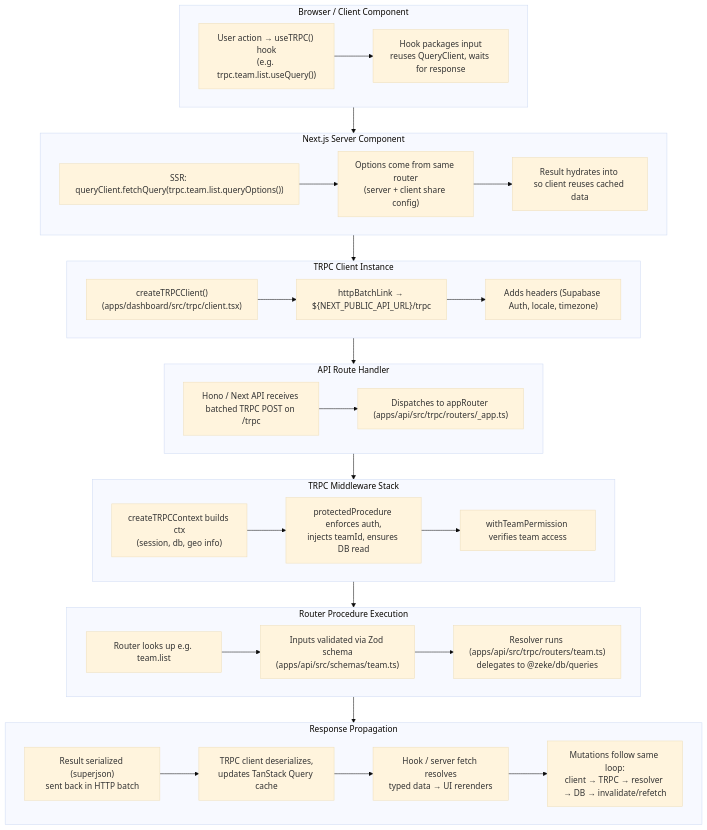
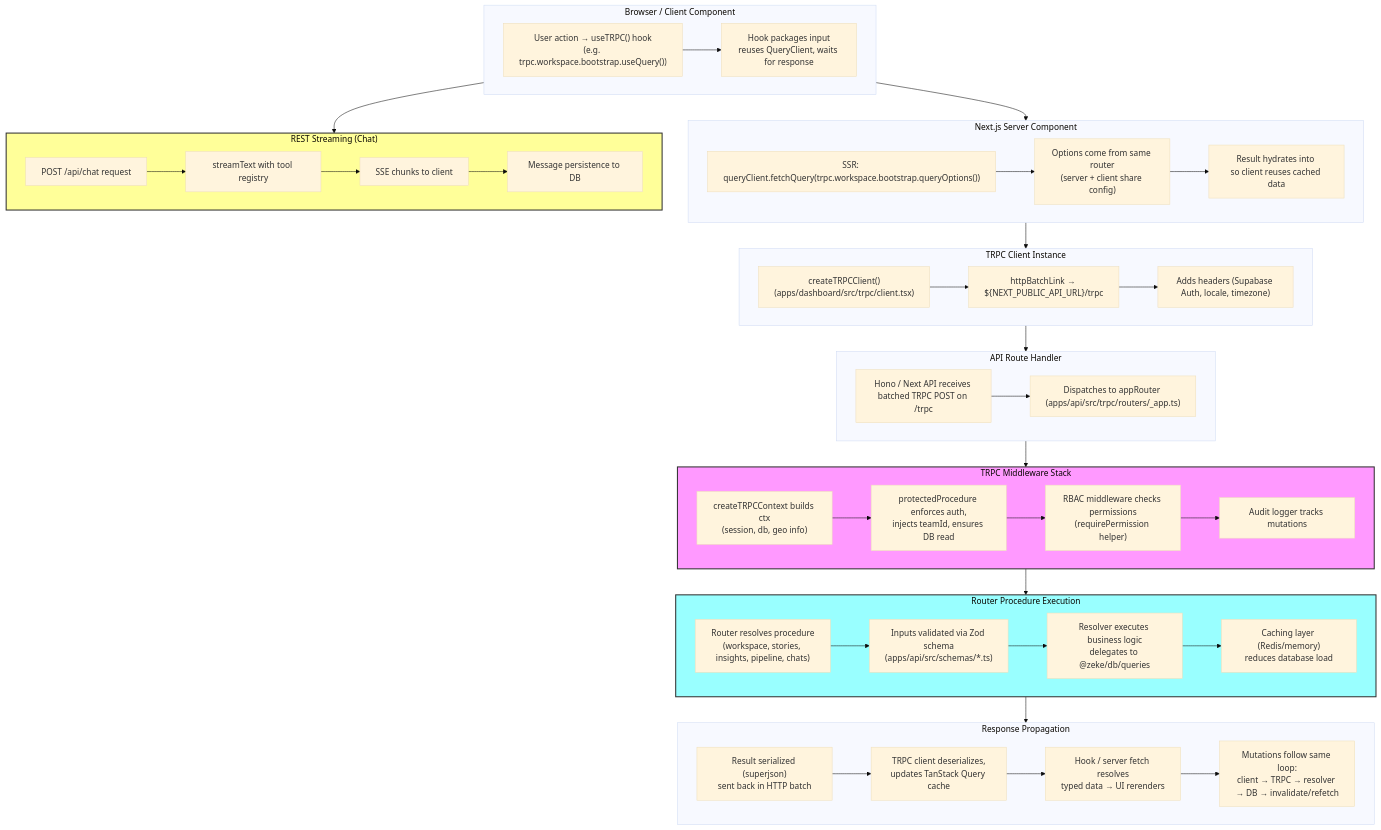
The diagram in apps/api/src/trpc/trpc-diagram.md (ParkerRex/zeke), drawn with Mermaid (base theme) before and after one commit. The commit also changed 774 other files, not shown here.

````diff
--- a/apps/api/src/trpc/trpc-diagram.md
+++ b/apps/api/src/trpc/trpc-diagram.md
@@ -1,53 +1,68 @@
 ``` mermaid
 flowchart TD
 
 subgraph Browser["Browser / Client Component"]
-  A1["User action → useTRPC() hook<br/>(e.g. trpc.team.list.useQuery())"]
+  A1["User action → useTRPC() hook<br/>(e.g. trpc.workspace.bootstrap.useQuery())"]
   A2["Hook packages input<br/>reuses QueryClient, waits for response"]
   A1 --> A2
 end
 
 subgraph Next["Next.js Server Component"]
-  B1["SSR: queryClient.fetchQuery(trpc.team.list.queryOptions())"]
+  B1["SSR: queryClient.fetchQuery(trpc.workspace.bootstrap.queryOptions())"]
   B2["Options come from same router<br/>(server + client share config)"]
   B3["Result hydrates into <HydrateClient><br/>so client reuses cached data"]
   B1 --> B2 --> B3
 end
 
 subgraph TRPCClient["TRPC Client Instance"]
   C1["createTRPCClient<AppRouter>()<br/>(apps/dashboard/src/trpc/client.tsx)"]
   C2["httpBatchLink → ${NEXT_PUBLIC_API_URL}/trpc"]
   C3["Adds headers (Supabase Auth, locale, timezone)"]
   C1 --> C2 --> C3
 end
 
 subgraph API["API Route Handler"]
   D1["Hono / Next API receives batched TRPC POST on /trpc"]
   D2["Dispatches to appRouter (apps/api/src/trpc/routers/_app.ts)"]
   D1 --> D2
 end
 
 subgraph Middleware["TRPC Middleware Stack"]
   E1["createTRPCContext builds ctx<br/>(session, db, geo info)"]
   E2["protectedProcedure enforces auth,<br/>injects teamId, ensures DB read"]
-  E3["withTeamPermission verifies team access"]
-  E1 --> E2 --> E3
+  E3["RBAC middleware checks permissions<br/>(requirePermission helper)"]
+  E4["Audit logger tracks mutations"]
+  E1 --> E2 --> E3 --> E4
 end
 
 subgraph Router["Router Procedure Execution"]
-  F1["Router looks up e.g. team.list"]
-  F2["Inputs validated via Zod schema<br/>(apps/api/src/schemas/team.ts)"]
-  F3["Resolver runs (apps/api/src/trpc/routers/team.ts)<br/>delegates to @zeke/db/queries"]
-  F1 --> F2 --> F3
+  F1["Router resolves procedure<br/>(workspace, stories, insights, pipeline, chats)"]
+  F2["Inputs validated via Zod schema<br/>(apps/api/src/schemas/*.ts)"]
+  F3["Resolver executes business logic<br/>delegates to @zeke/db/queries"]
+  F4["Caching layer (Redis/memory)<br/>reduces database load"]
+  F1 --> F2 --> F3 --> F4
 end
 
 subgraph Response["Response Propagation"]
   G1["Result serialized (superjson)<br/>sent back in HTTP batch"]
   G2["TRPC client deserializes,<br/>updates TanStack Query cache"]
   G3["Hook / server fetch resolves<br/>typed data → UI rerenders"]
   G4["Mutations follow same loop:<br/>client → TRPC → resolver → DB → invalidate/refetch"]
   G1 --> G2 --> G3 --> G4
 end
 
+subgraph Streaming["REST Streaming (Chat)"]
+  H1["POST /api/chat request"]
+  H2["streamText with tool registry"]
+  H3["SSE chunks to client"]
+  H4["Message persistence to DB"]
+  H1 --> H2 --> H3 --> H4
+end
+
 Browser --> Next --> TRPCClient --> API --> Middleware --> Router --> Response
+Browser --> Streaming
+
+style Middleware fill:#f9f,stroke:#333,stroke-width:2px
+style Router fill:#9ff,stroke:#333,stroke-width:2px
+style Streaming fill:#ff9,stroke:#333,stroke-width:2px
 ```
````
